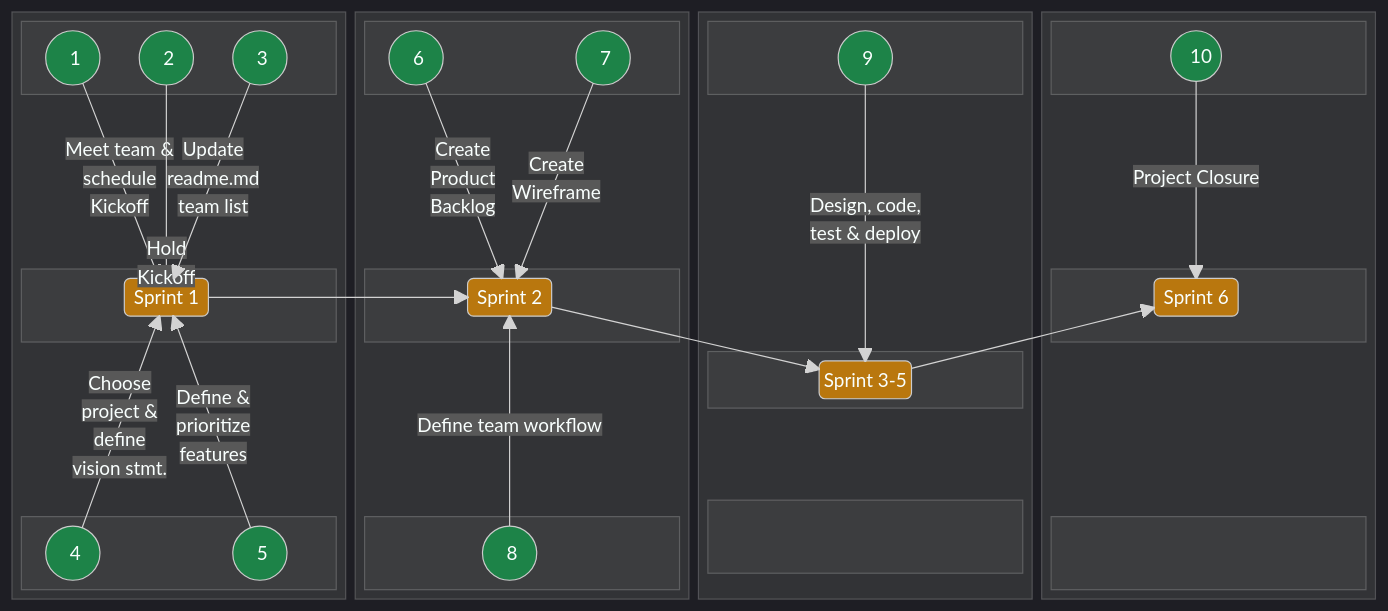
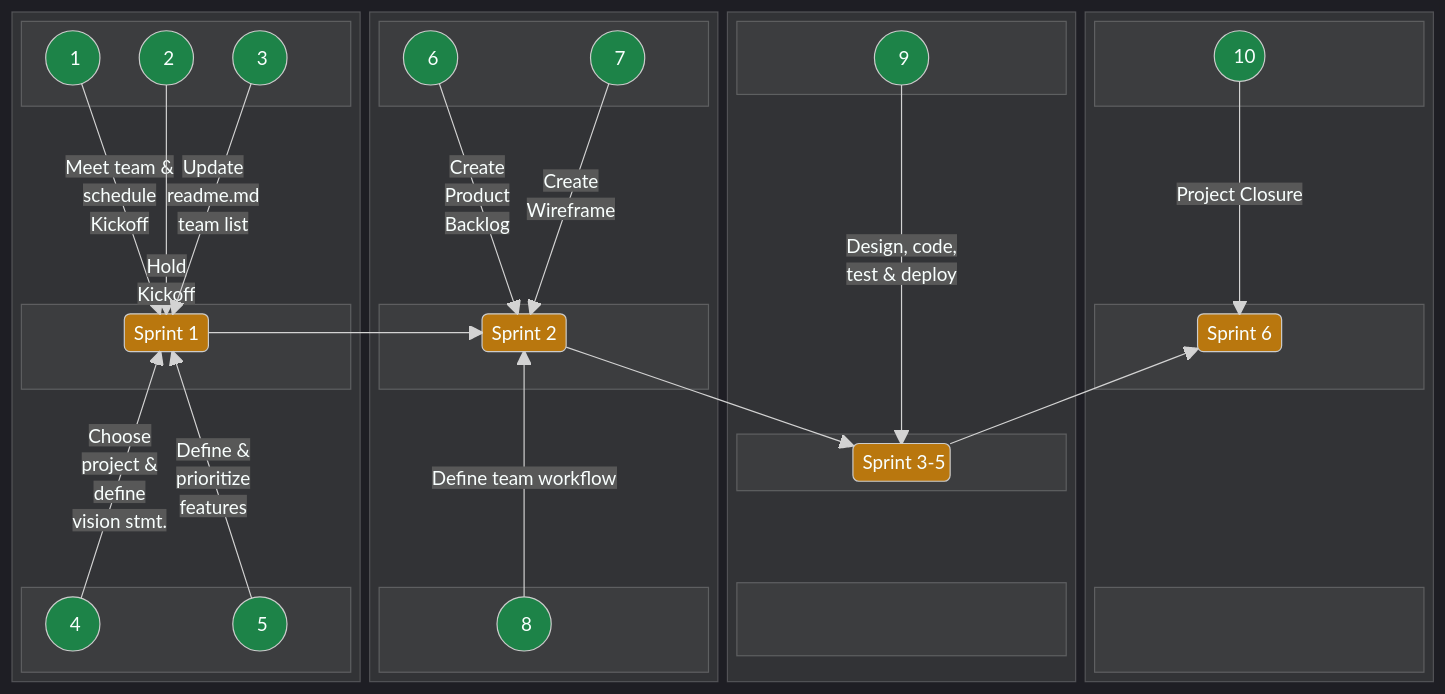
One commit to jdmedlock/mermaid_testing changed the second of 2 diagrams in README.md. Above: the diagram before and after it, drawn with Mermaid.

Commit message:
Feature: Experiment with horizontal block diagram layout

```diff
--- a/README.md
+++ b/README.md
@@ -170,10 +170,11 @@
       space
       space
       space
+      space
       block:B3CENTER
         columns 3
         space
-        SPRINTS35(" Sprint 3-5 ")
+        SPRINTS35("&nbsp;Sprint 3-5 ")
         space
       end
       space
```
